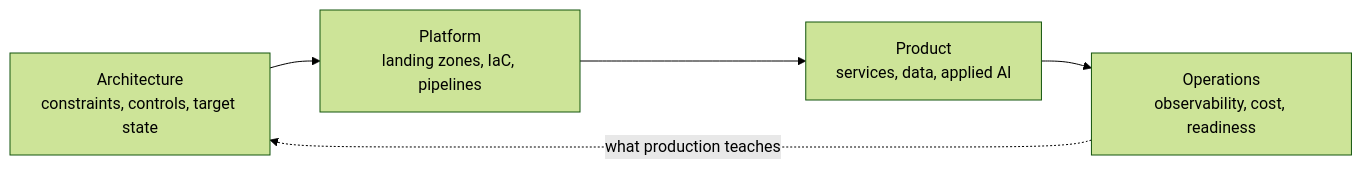
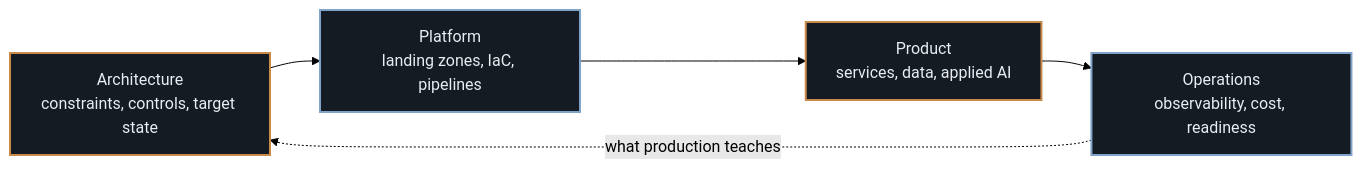
Before and after one commit to ralphsin/ralphsin: the diagram in README.md, drawn with Mermaid (forest theme). The commit also changed other lines of this file and 20 other files, not shown here.

First line of the commit message:
Redesign profile: dark graphite/copper theme, labelled dividers, new engagement

````diff
--- a/README.md
+++ b/README.md
@@ -68,7 +76,12 @@
 ```mermaid
 flowchart LR
     A["Architecture<br/>constraints, controls, target state"] --> B["Platform<br/>landing zones, IaC, pipelines"]
     B --> C["Product<br/>services, data, applied AI"]
     C --> D["Operations<br/>observability, cost, readiness"]
     D -.->|"what production teaches"| A
+
+    style A fill:#151B23,stroke:#C98A4B,stroke-width:2px,color:#E9EDF2
+    style B fill:#151B23,stroke:#7FA3C9,stroke-width:2px,color:#E9EDF2
+    style C fill:#151B23,stroke:#C98A4B,stroke-width:2px,color:#E9EDF2
+    style D fill:#151B23,stroke:#7FA3C9,stroke-width:2px,color:#E9EDF2
 ```
````
